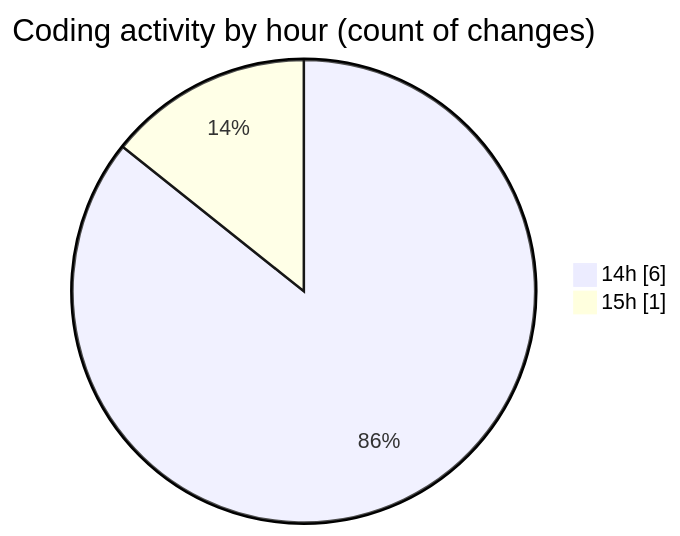
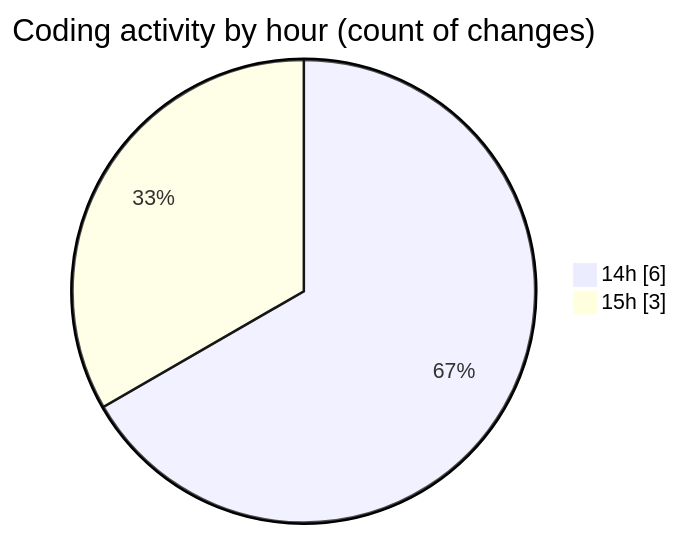
The second of 2 diagrams in 2025-07-09/toolsopenemalpass/README.md (lephambinh05/code-tracking), drawn with Mermaid before and after one commit. The commit also changed other lines of this file and 1 other file, not shown here.

````diff
--- a/2025-07-09/toolsopenemalpass/README.md
+++ b/2025-07-09/toolsopenemalpass/README.md
@@ -31,6 +31,6 @@
 ```mermaid
 pie showData
 title Coding activity by hour (count of changes)
 "14h" : 6
-"15h" : 1
+"15h" : 3
 ```
````
